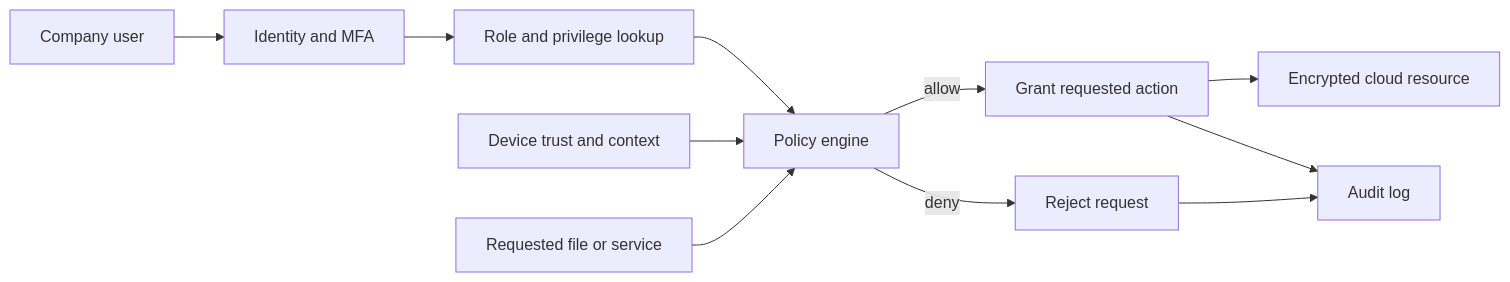
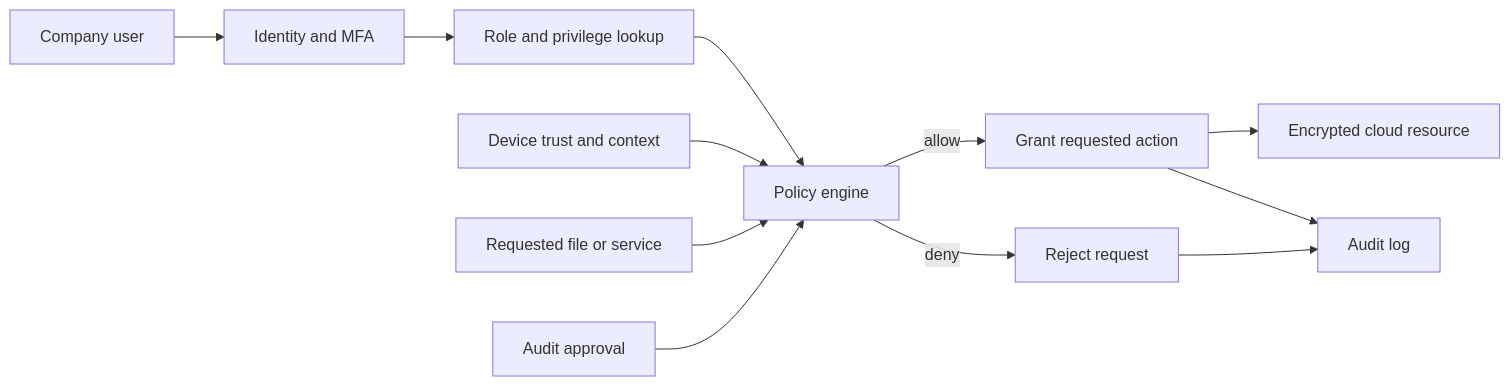
Before and after one commit to MonstrousGreyEagle/Mathematics-for-Computing: the diagram in Week1.md, drawn with Mermaid. The commit also changed other lines of this file, not shown here.

Commit message:
Model 64-bit hierarchical permissions and audit grants

````diff
--- a/Week1.md
+++ b/Week1.md
@@ -169,13 +174,14 @@
 ```mermaid
 flowchart LR
     U[Company user] --> I[Identity and MFA]
     I --> R[Role and privilege lookup]
     R --> P[Policy engine]
     D[Device trust and context] --> P
     F[Requested file or service] --> P
+    Au[Audit approval] --> P
     P -->|allow| G[Grant requested action]
     P -->|deny| N[Reject request]
     G --> L[Encrypted cloud resource]
     N --> Lg[Audit log]
     G --> Lg
 ```
````
